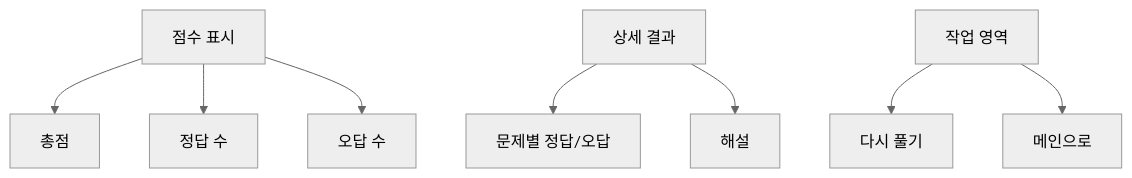
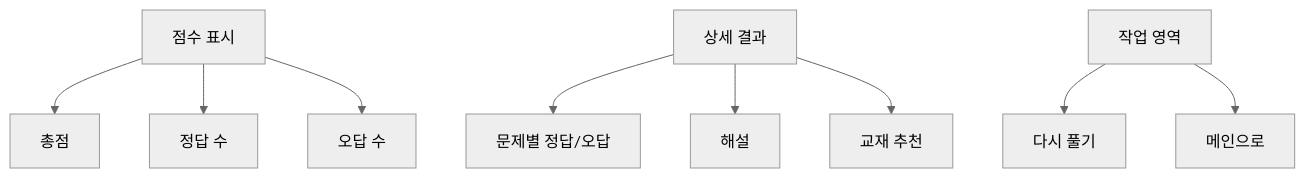
One commit to CodeQuizz/CodeQuizz_main changed the fifth of 5 diagrams in report/화면설계서.md. Above: the diagram before and after it, drawn with Mermaid (neutral theme). The commit also changed other lines of this file and 4 other files, not shown here.

````diff
--- a/report/화면설계서.md
+++ b/report/화면설계서.md
@@ -106,12 +107,13 @@
 ```mermaid
 flowchart TD
     Score[점수 표시] --> Total[총점]
     Score --> Correct[정답 수]
     Score --> Wrong[오답 수]
     
     Details[상세 결과] --> Questions[문제별 정답/오답]
     Details --> Solutions[해설]
+    Details --> Recommend["교재 추천"]
     
     Actions[작업 영역] --> Retry[다시 풀기]
     Actions --> ToMain[메인으로]
 ```
````
